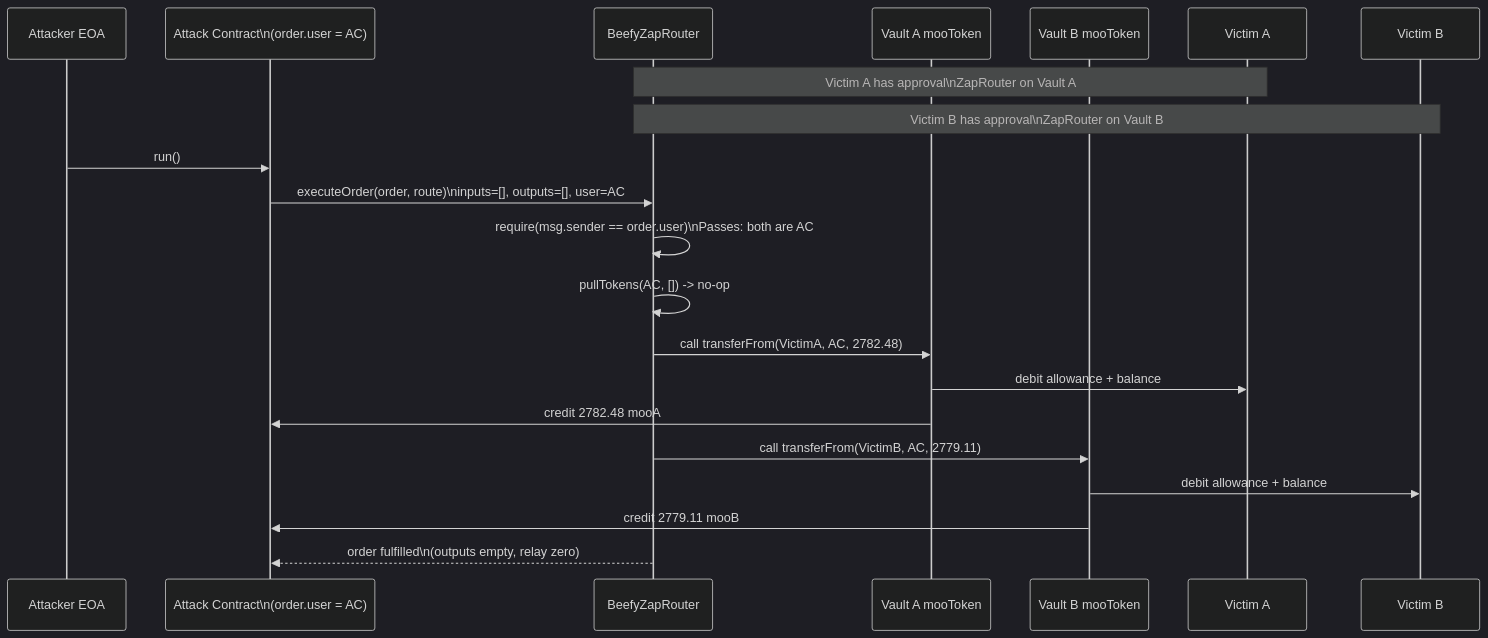
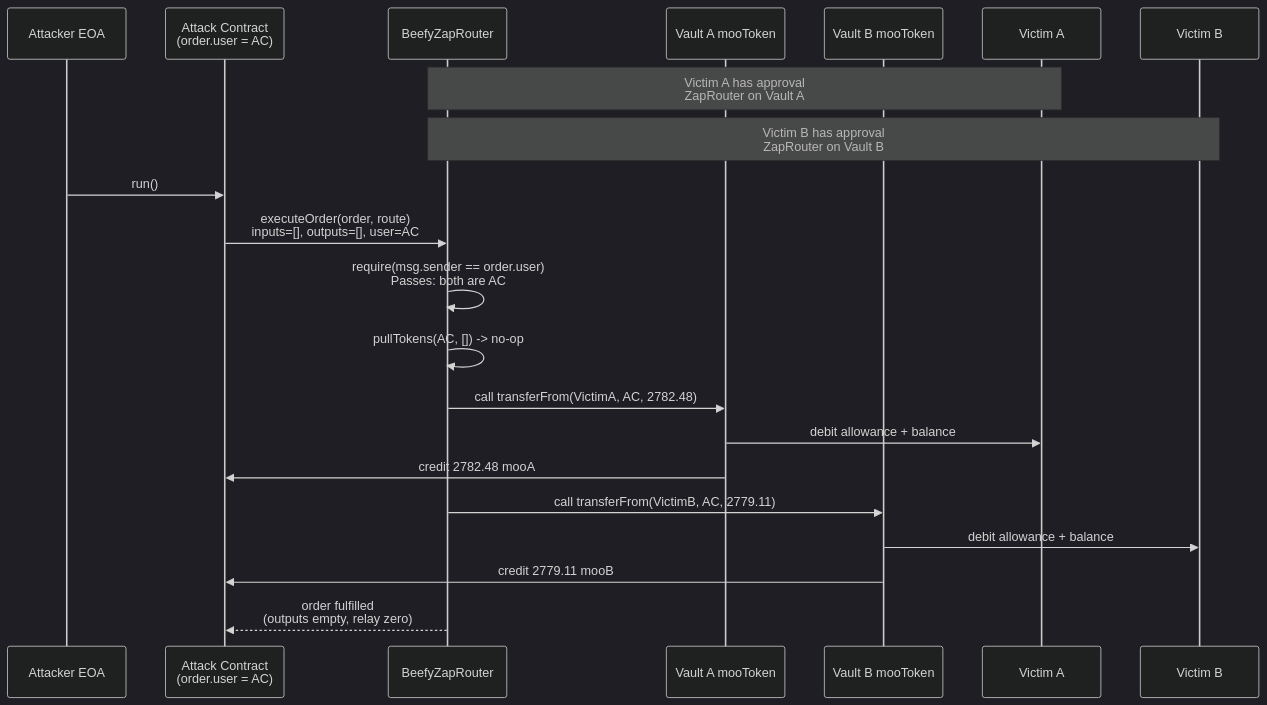
One commit to sanbir/evm-hack-registry changed the first of 2 diagrams in 2025-08-BeefyZapRouter_exp/BeefyZapRouter_exp.md. Above: the diagram before and after it, drawn with Mermaid (dark theme). The commit also changed other lines of this file and 280 other files, not shown here.

Commit message:
mermaid fixes

````diff
--- a/2025-08-BeefyZapRouter_exp/BeefyZapRouter_exp.md
+++ b/2025-08-BeefyZapRouter_exp/BeefyZapRouter_exp.md
@@ -146,25 +146,25 @@
 ```mermaid
 sequenceDiagram
     participant EOA as Attacker EOA
-    participant AC as Attack Contract\n(order.user = AC)
+    participant AC as Attack Contract<br/>(order.user = AC)
     participant ZR as BeefyZapRouter
     participant VA as Vault A mooToken
     participant VB as Vault B mooToken
     participant VA_v as Victim A
     participant VB_v as Victim B
 
-    Note over VA_v,ZR: Victim A has approval\nZapRouter on Vault A
-    Note over VB_v,ZR: Victim B has approval\nZapRouter on Vault B
+    Note over VA_v,ZR: Victim A has approval<br/>ZapRouter on Vault A
+    Note over VB_v,ZR: Victim B has approval<br/>ZapRouter on Vault B
 
     EOA->>AC: run()
-    AC->>ZR: executeOrder(order, route)\ninputs=[], outputs=[], user=AC
-    ZR->>ZR: require(msg.sender == order.user)\nPasses: both are AC
+    AC->>ZR: executeOrder(order, route)<br/>inputs=[], outputs=[], user=AC
+    ZR->>ZR: require(msg.sender == order.user)<br/>Passes: both are AC
     ZR->>ZR: pullTokens(AC, []) -> no-op
     ZR->>VA: call transferFrom(VictimA, AC, 2782.48)
     VA->>VA_v: debit allowance + balance
     VA->>AC: credit 2782.48 mooA
     ZR->>VB: call transferFrom(VictimB, AC, 2779.11)
     VB->>VB_v: debit allowance + balance
     VB->>AC: credit 2779.11 mooB
-    ZR-->>AC: order fulfilled\n(outputs empty, relay zero)
+    ZR-->>AC: order fulfilled<br/>(outputs empty, relay zero)
 ```
````
